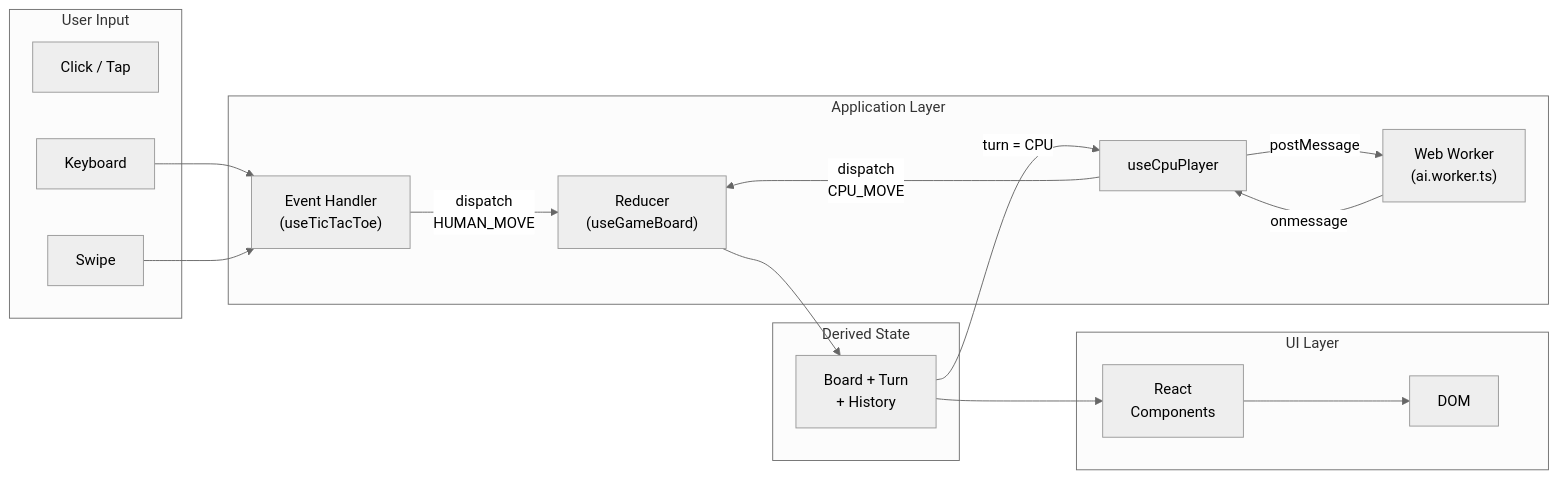
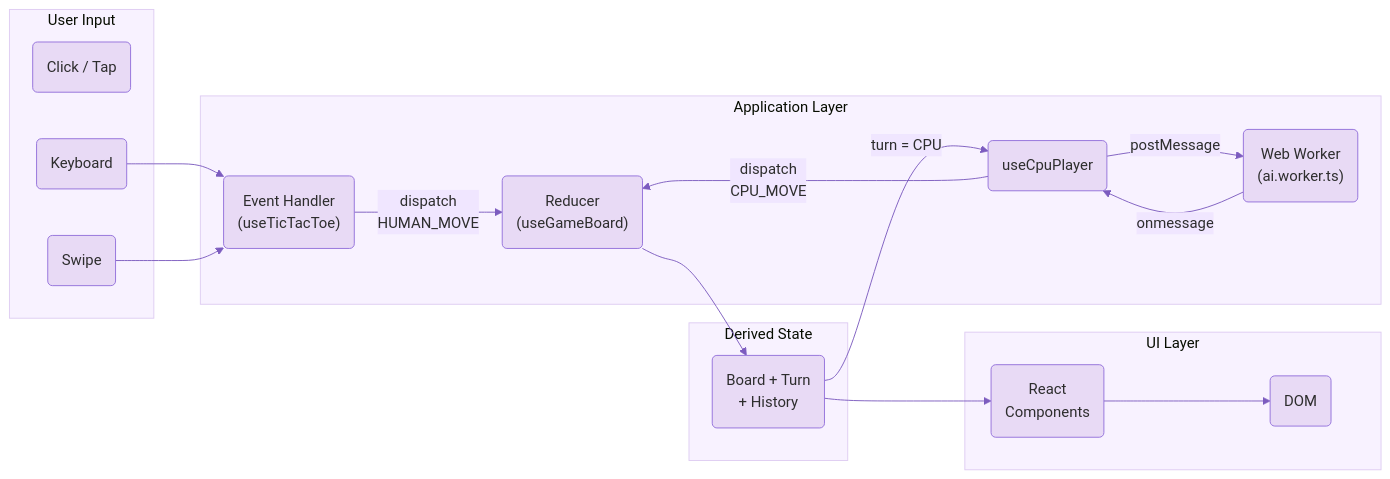
One commit to scottdreinhart/tictactoe changed the third of 9 diagrams in README.md. Above: the diagram before and after it, drawn with Mermaid. The commit also changed other lines of this file, not shown here.

Commit message:
docs: use lilac/purple theme with rounded nodes for all Mermaid diagrams

````diff
--- a/README.md
+++ b/README.md
@@ -435,36 +435,36 @@
 ```mermaid
-%%{init: {'theme': 'neutral'}}%%
+%%{init: {'theme': 'base', 'themeVariables': {'primaryColor': '#e8daf5', 'primaryTextColor': '#2d2d2d', 'primaryBorderColor': '#9370DB', 'lineColor': '#7c5cbf', 'secondaryColor': '#f0e6ff', 'tertiaryColor': '#f8f2ff', 'fontFamily': 'system-ui'}}}%%
 flowchart LR
   subgraph Input["User Input"]
-    click["Click / Tap"]
-    key["Keyboard"]
-    swipe["Swipe"]
+    click("Click / Tap")
+    key("Keyboard")
+    swipe("Swipe")
   end
 
   subgraph Hooks["Application Layer"]
-    handler["Event Handler\n(useTicTacToe)"]
-    reducer["Reducer\n(useGameBoard)"]
-    cpu["useCpuPlayer"]
-    worker["Web Worker\n(ai.worker.ts)"]
+    handler("Event Handler\n(useTicTacToe)")
+    reducer("Reducer\n(useGameBoard)")
+    cpu("useCpuPlayer")
+    worker("Web Worker\n(ai.worker.ts)")
   end
 
   subgraph State["Derived State"]
-    raw["Board + Turn\n+ History"]
+    raw("Board + Turn\n+ History")
   end
 
   subgraph Render["UI Layer"]
-    comp["React\nComponents"]
-    dom["DOM"]
+    comp("React\nComponents")
+    dom("DOM")
   end
 
   click --> handler
   key --> handler
   swipe --> handler
   handler -->|"dispatch\nHUMAN_MOVE"| reducer
   reducer --> raw
   raw -->|"turn = CPU"| cpu
   cpu -->|postMessage| worker
   worker -->|onmessage| cpu
   cpu -->|"dispatch\nCPU_MOVE"| reducer
   raw --> comp --> dom
 ```
````
